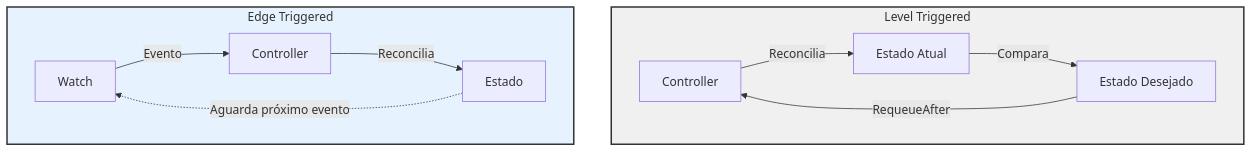
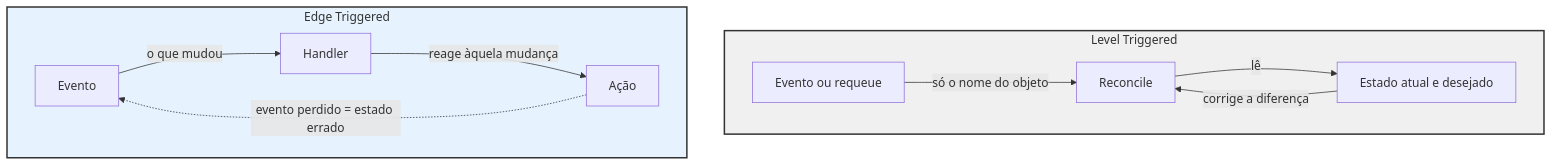
The first of 8 diagrams in docs/extras/advanced-operator-patterns.md (cloud104/tcloud-devops-k8s-operators-training), drawn with Mermaid before and after one commit. The commit also changed other lines of this file and 9 other files, not shown here.

````diff
--- a/docs/extras/advanced-operator-patterns.md
+++ b/docs/extras/advanced-operator-patterns.md
@@ -7,17 +10,17 @@
 ```mermaid
 flowchart TD
     subgraph LT ["Level Triggered"]
-        L1[Controller] -->|"Reconcilia"| L2[Estado Atual]
-        L2 -->|"Compara"| L3[Estado Desejado]
-        L3 -->|"RequeueAfter"| L1
+        L1[Evento ou requeue] -->|"só o nome do objeto"| L2[Reconcile]
+        L2 -->|"lê"| L3[Estado atual e desejado]
+        L3 -->|"corrige a diferença"| L2
     end
-    
+
     subgraph ET ["Edge Triggered"]
-        E1[Watch] -->|"Evento"| E2[Controller]
-        E2 -->|"Reconcilia"| E3[Estado]
-        E3 -.->|"Aguarda próximo evento"| E1
+        E1[Evento] -->|"o que mudou"| E2[Handler]
+        E2 -->|"reage àquela mudança"| E3[Ação]
+        E3 -.->|"evento perdido = estado errado"| E1
     end
-    
+
     style LT fill:#f0f0f0,stroke:#333,stroke-width:2px
     style ET fill:#e6f3ff,stroke:#333,stroke-width:2px
 ```
````
